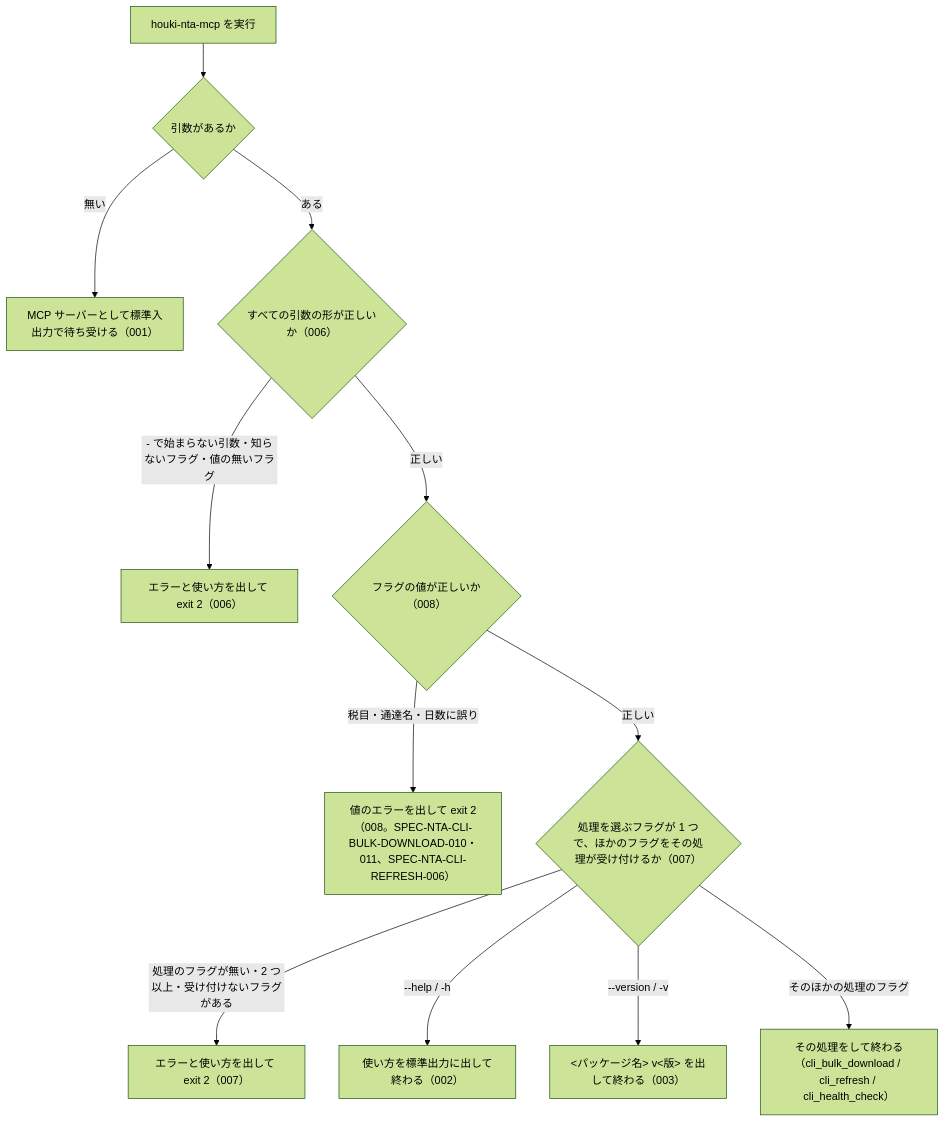
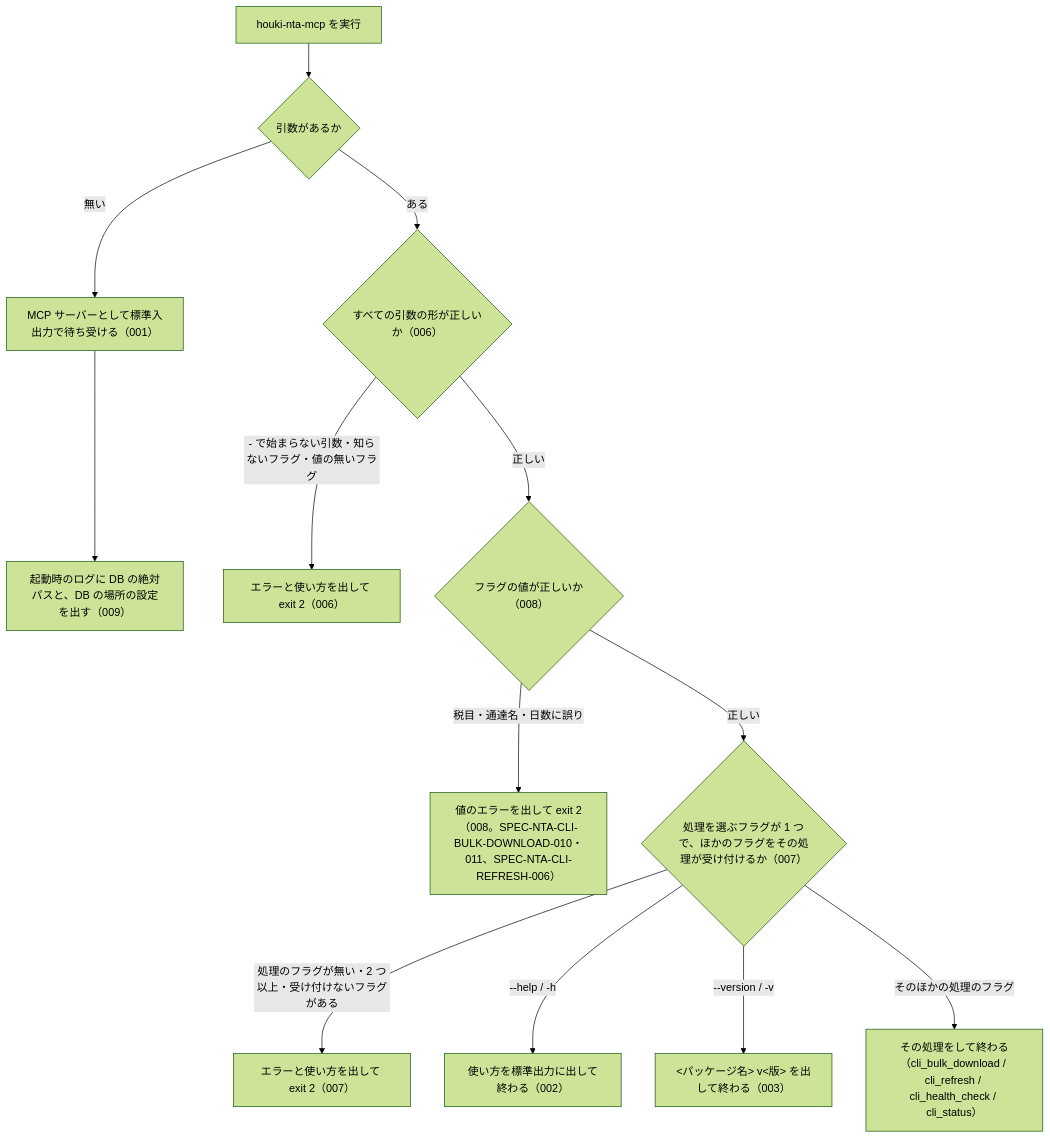
Before and after one commit to shuji-bonji/houki-nta-mcp: the diagram in specs/current/cli_entry/spec.md, drawn with Mermaid (forest theme). The commit also changed other lines of this file and 32 other files, not shown here.

````diff
--- a/specs/current/cli_entry/spec.md
+++ b/specs/current/cli_entry/spec.md
@@ -37,14 +38,15 @@
 ```mermaid
 flowchart TD
   A["houki-nta-mcp を実行"] --> Z{"引数があるか"}
   Z -- 無い --> S["MCP サーバーとして標準入出力で待ち受ける（001）"]
+  S --> S2["起動時のログに DB の絶対パスと、DB の場所の設定を出す（009）"]
   Z -- ある --> B{"すべての引数の形が正しいか（006）"}
   B -- "- で始まらない引数・知らないフラグ・値の無いフラグ" --> E1["エラーと使い方を出して exit 2（006）"]
   B -- 正しい --> V{"フラグの値が正しいか（008）"}
   V -- "税目・通達名・日数に誤り" --> E2["値のエラーを出して exit 2（008。SPEC-NTA-CLI-BULK-DOWNLOAD-010・011、SPEC-NTA-CLI-REFRESH-006）"]
   V -- 正しい --> C{"処理を選ぶフラグが 1 つで、ほかのフラグをその処理が受け付けるか（007）"}
   C -- "処理のフラグが無い・2 つ以上・受け付けないフラグがある" --> E3["エラーと使い方を出して exit 2（007）"]
   C -- "--help / -h" --> H["使い方を標準出力に出して終わる（002）"]
   C -- "--version / -v" --> VV["<パッケージ名> v<版> を出して終わる（003）"]
-  C -- "そのほかの処理のフラグ" --> O["その処理をして終わる（cli_bulk_download / cli_refresh / cli_health_check）"]
+  C -- "そのほかの処理のフラグ" --> O["その処理をして終わる（cli_bulk_download / cli_refresh / cli_health_check / cli_status）"]
 ```
````
